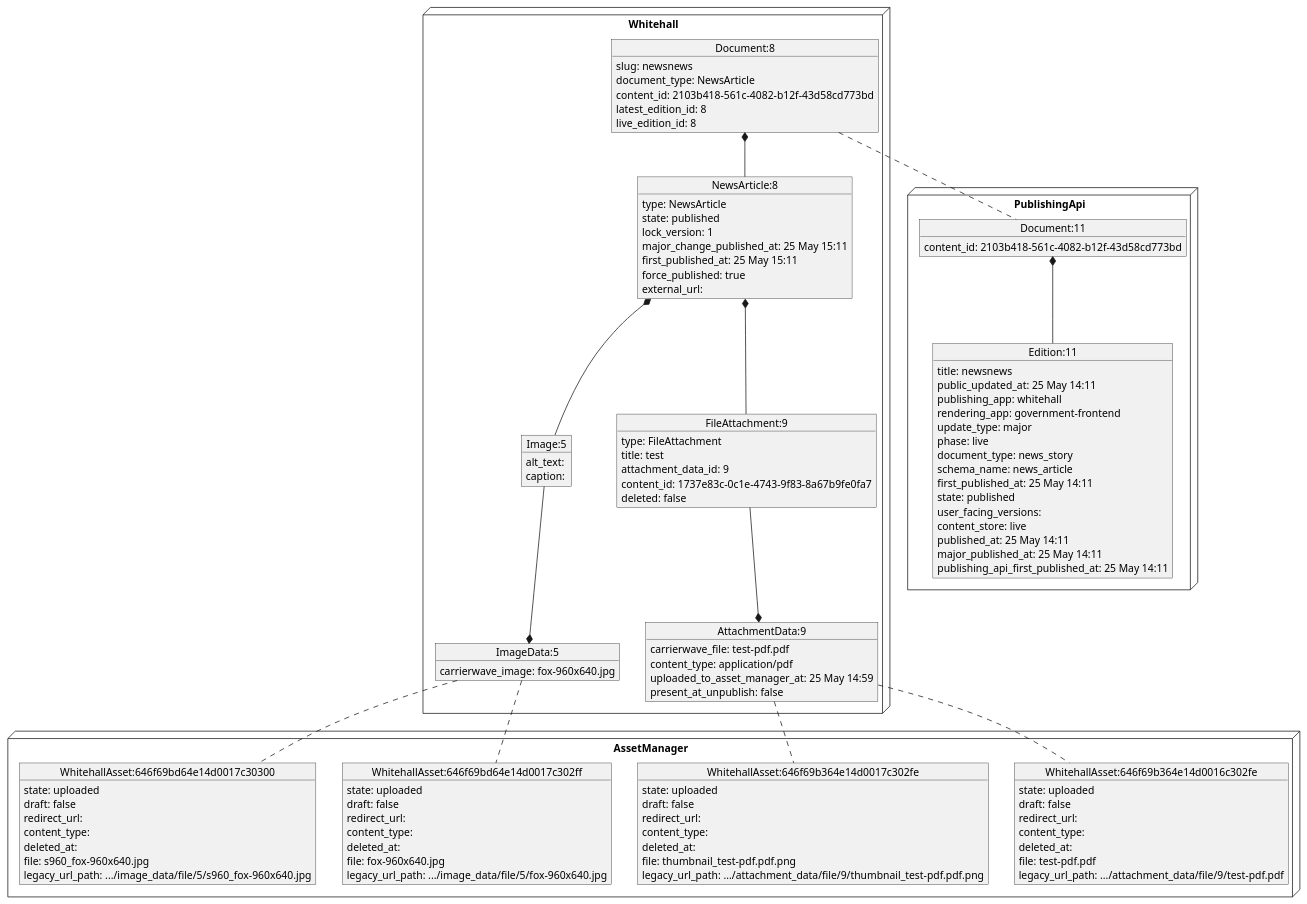
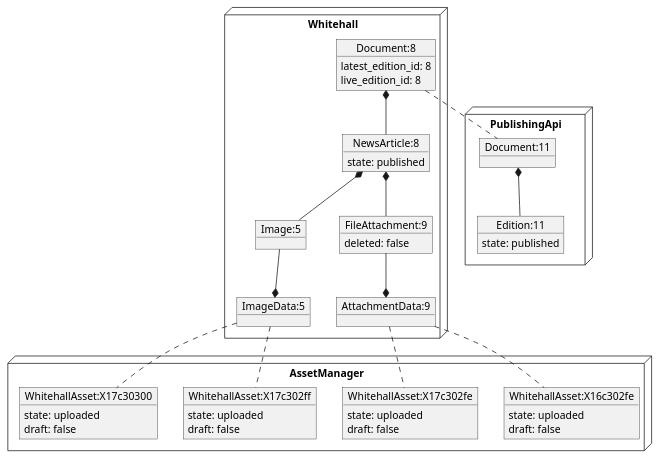
The diagram in docs/diagrams/asset_management/asset_scenarios/unpublish_published_doc/2_published.puml (alphagov/whitehall), drawn with PlantUML before and after one commit. The commit also changed 16 other files, not shown here.

Commit message:
added unpublish asset scenario docs

```diff
--- a/docs/diagrams/asset_management/asset_scenarios/unpublish_published_doc/2_published.puml
+++ b/docs/diagrams/asset_management/asset_scenarios/unpublish_published_doc/2_published.puml
@@ -1,123 +1,63 @@
 @startuml
 node Whitehall {
 object "Document:8" as Document_8 {
-  slug: newsnews
-  document_type: NewsArticle
-  content_id: 2103b418-561c-4082-b12f-43d58cd773bd
   latest_edition_id: 8
   live_edition_id: 8
 }
 together {
 object "NewsArticle:8" as NewsArticle_8 {
-  type: NewsArticle
   state: published
-  lock_version: 1
-  major_change_published_at: 25 May 15:11
-  first_published_at: 25 May 15:11
-  force_published: true
-  external_url:
 }
 Document_8 *-- NewsArticle_8
 object "FileAttachment:9" as FileAttachment_9 {
-  type: FileAttachment
-  title: test
-  attachment_data_id: 9
-  content_id: 1737e83c-0c1e-4743-9f83-8a67b9fe0fa7
   deleted: false
 }
 NewsArticle_8 *-- FileAttachment_9
 object "Image:5" as Image_5 {
-  alt_text:
-  caption:
 }
 NewsArticle_8 *-- Image_5
 }
 object "AttachmentData:9" as AttachmentData_9 {
-  carrierwave_file: test-pdf.pdf
-  content_type: application/pdf
-  uploaded_to_asset_manager_at: 25 May 14:59
-  present_at_unpublish: false
 }
 AttachmentData_9 *-u- FileAttachment_9
 object "ImageData:5" as ImageData_5 {
-  carrierwave_image: fox-960x640.jpg
 }
 ImageData_5 *-u- Image_5
 }
 
-
-
-
 node PublishingApi {
 object "Document:11" as pubapi_Document_11 {
-  content_id: 2103b418-561c-4082-b12f-43d58cd773bd
 }
 object "Edition:11" as pubapi_Edition_11 {
-  title: newsnews
-  public_updated_at: 25 May 14:11
-  publishing_app: whitehall
-  rendering_app: government-frontend
-  update_type: major
-  phase: live
-  document_type: news_story
-  schema_name: news_article
-  first_published_at: 25 May 14:11
   state: published
-  user_facing_versions:
-  content_store: live
-  published_at: 25 May 14:11
-  major_published_at: 25 May 14:11
-  publishing_api_first_published_at: 25 May 14:11
 }
 pubapi_Document_11 *-- pubapi_Edition_11
 }
 
-
-
 node AssetManager {
-object "WhitehallAsset:646f69b364e14d0016c302fe" as am_WhitehallAsset_646f69b364e14d0016c302fe {
+object "WhitehallAsset:X16c302fe" as am_WhitehallAsset_X16c302fe {
   state: uploaded
   draft: false
-  redirect_url:
-  content_type:
-  deleted_at:
-  file: test-pdf.pdf
-  legacy_url_path: .../attachment_data/file/9/test-pdf.pdf
 }
-object "WhitehallAsset:646f69b364e14d0017c302fe" as am_WhitehallAsset_646f69b364e14d0017c302fe {
+object "WhitehallAsset:X17c302fe" as am_WhitehallAsset_X17c302fe {
   state: uploaded
   draft: false
-  redirect_url:
-  content_type:
-  deleted_at:
-  file: thumbnail_test-pdf.pdf.png
-  legacy_url_path: .../attachment_data/file/9/thumbnail_test-pdf.pdf.png
 }
-object "WhitehallAsset:646f69bd64e14d0017c302ff" as am_WhitehallAsset_646f69bd64e14d0017c302ff {
+object "WhitehallAsset:X17c302ff" as am_WhitehallAsset_X17c302ff {
   state: uploaded
   draft: false
-  redirect_url:
-  content_type:
-  deleted_at:
-  file: fox-960x640.jpg
-  legacy_url_path: .../image_data/file/5/fox-960x640.jpg
 }
-object "WhitehallAsset:646f69bd64e14d0017c30300" as am_WhitehallAsset_646f69bd64e14d0017c30300 {
+object "WhitehallAsset:X17c30300" as am_WhitehallAsset_X17c30300 {
   state: uploaded
   draft: false
-  redirect_url:
-  content_type:
-  deleted_at:
-  file: s960_fox-960x640.jpg
-  legacy_url_path: .../image_data/file/5/s960_fox-960x640.jpg
 }
 }
 
 
 Document_8 .. pubapi_Document_11
-ImageData_5 .. am_WhitehallAsset_646f69bd64e14d0017c302ff
-ImageData_5 .. am_WhitehallAsset_646f69bd64e14d0017c30300
-AttachmentData_9 .. am_WhitehallAsset_646f69b364e14d0016c302fe
-AttachmentData_9 .. am_WhitehallAsset_646f69b364e14d0017c302fe
+ImageData_5 .. am_WhitehallAsset_X17c302ff
+ImageData_5 .. am_WhitehallAsset_X17c30300
+AttachmentData_9 .. am_WhitehallAsset_X16c302fe
+AttachmentData_9 .. am_WhitehallAsset_X17c302fe
 
 @enduml
```
